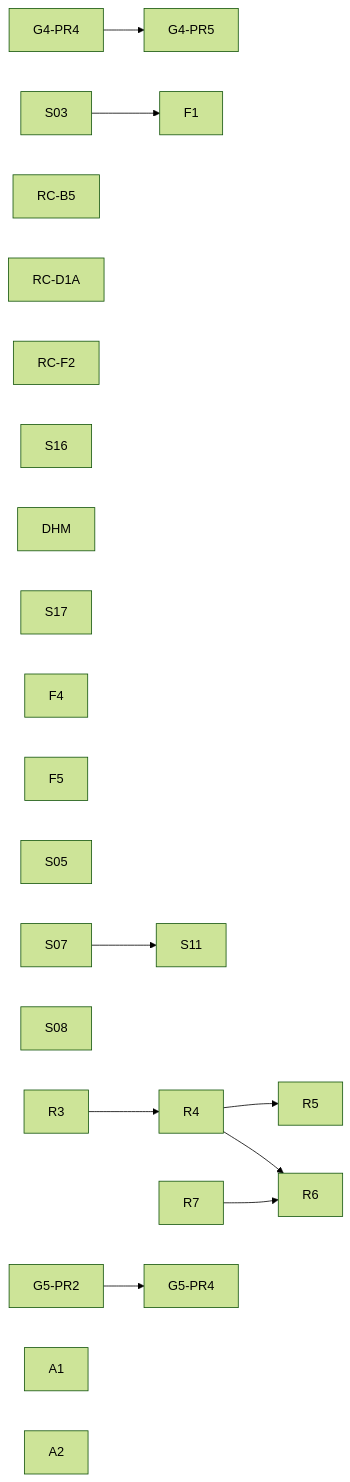
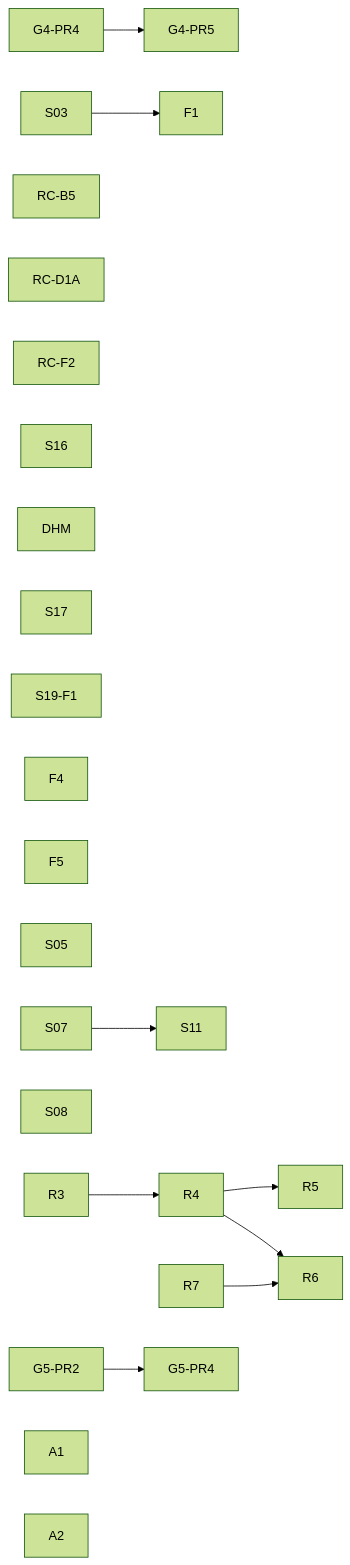
Before and after one commit to dunay2/dvt: the diagram in docs/planning/state/open-task-route.md, drawn with Mermaid (forest theme). The commit also changed other lines of this file and 13 other files, not shown here.

````diff
--- a/docs/planning/state/open-task-route.md
+++ b/docs/planning/state/open-task-route.md
@@ -64,28 +65,29 @@
 ```mermaid
 flowchart LR
   G44[G4-PR4] --> G45[G4-PR5]
 
   S03[S03] --> F1[F1]
   RC_B5[RC-B5]
   RC_D1A[RC-D1A]
   RC_F2[RC-F2]
   S16[S16]
   DHM[DHM]
 
   S17[S17]
+  S19F1[S19-F1]
   F4[F4]
   F5[F5]
   S05[S05]
 
   S07[S07] --> S11[S11]
   S08[S08]
 
   R3[R3] --> R4[R4] --> R5[R5]
   R4 --> R6[R6]
   R7[R7] --> R6
 
   G52[G5-PR2] --> G54[G5-PR4]
   A1[A1]
   A2[A2]
   DHM
 ```
````
